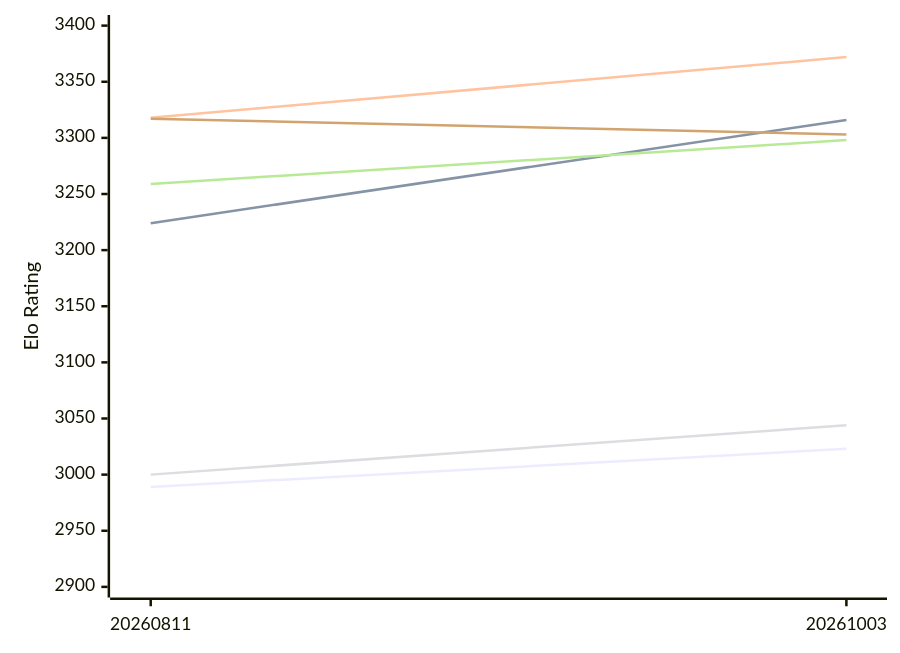
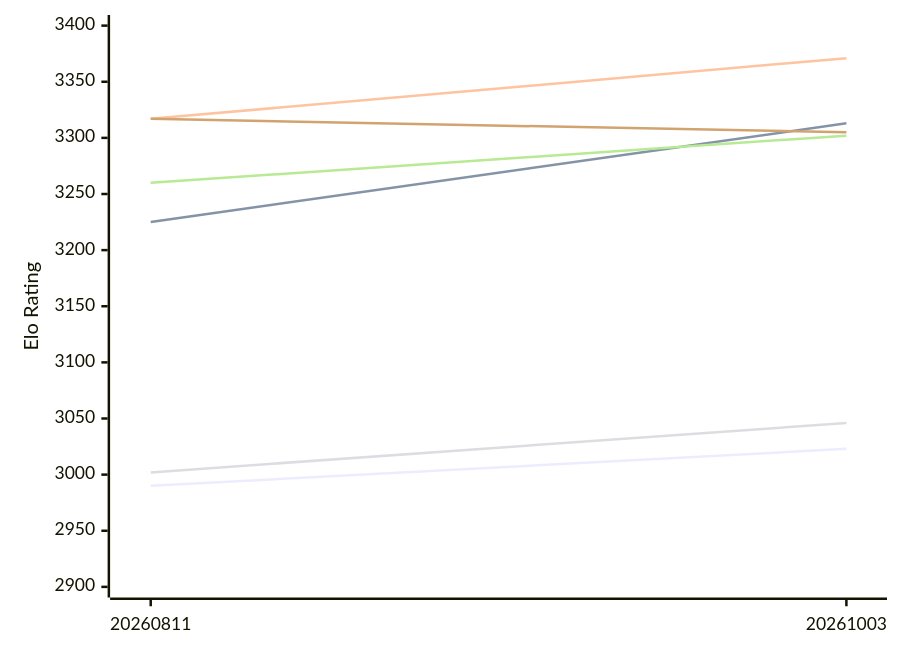
One commit to computer-chess-index/cci changed the first of 2 diagrams in engines/Askaig.md. Above: the diagram before and after it, drawn with Mermaid. The commit also changed other lines of this file, not shown here.

Commit message:
Update CCI Ratings (ELO VLTC) - 2026-11-27

````diff
--- a/engines/Askaig.md
+++ b/engines/Askaig.md
@@ -52,12 +52,12 @@
 ```mermaid
 %%{init: {"theme":"base","themeVariables":{"seriesColors:['#a3a3a3','#222221','#faa371']}}}%%
 xychart-beta
   x-axis ["20260811", "20261003"]
   y-axis "Elo Rating" 2900 --> 3400
-  line "E1: STC (8.0+0.08s)" [2989, 3023]
-  line "E1: LTC (60.0+0.60s)" [3224, 3316]
-  line "E1: VLTC (2m24s+1.12s)" [3318, 3372]
-  line "P1: STC (8.0+0.08s)" [3000, 3044]
-  line "P1: LTC (60.0+0.60s)" [3259, 3298]
-  line "P1: VLTC (2m24s+1.12s)" [3317, 3303]
+  line "E1: STC (8.0+0.08s)" [2990, 3023]
+  line "E1: LTC (60.0+0.60s)" [3225, 3313]
+  line "E1: VLTC (2m24s+1.12s)" [3317, 3371]
+  line "P1: STC (8.0+0.08s)" [3002, 3046]
+  line "P1: LTC (60.0+0.60s)" [3260, 3302]
+  line "P1: VLTC (2m24s+1.12s)" [3317, 3305]
 ```
````
